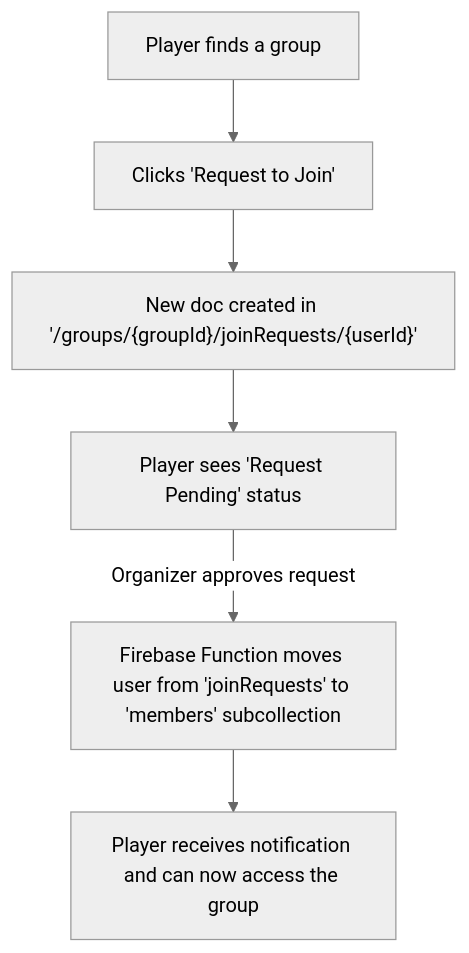
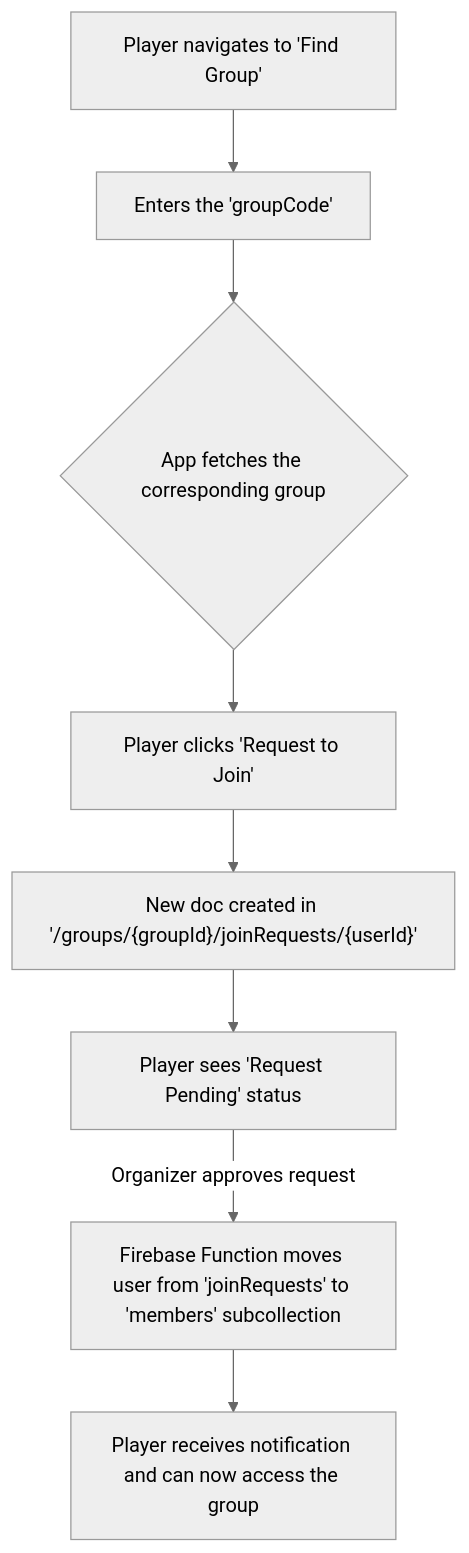
The third of 5 diagrams in docs/USER_JOURNEYS.md (amitrke/getspot), drawn with Mermaid (neutral theme) before and after one commit. The commit also changed other lines of this file and 3 other files, not shown here.

Commit message:
Refactor architecture documentation to clarify patterns and enhance group creation flow; add unique group code to data model and update user journey diagrams.

````diff
--- a/docs/USER_JOURNEYS.md
+++ b/docs/USER_JOURNEYS.md
@@ -54,8 +63,10 @@
 ```mermaid
 graph TD
-    A[Player finds a group] --> B[Clicks 'Request to Join'];
-    B --> C["New doc created in '/groups/{groupId}/joinRequests/{userId}'"];
-    C --> D[Player sees 'Request Pending' status];
-    D -->|Organizer approves request| E[Firebase Function moves user from 'joinRequests' to 'members' subcollection];
-    E --> F[Player receives notification and can now access the group];
+    A[Player navigates to 'Find Group'] --> B[Enters the 'groupCode'];
+    B --> C{App fetches the corresponding group};
+    C --> D[Player clicks 'Request to Join'];
+    D --> E["New doc created in '/groups/{groupId}/joinRequests/{userId}'"];
+    E --> F[Player sees 'Request Pending' status];
+    F -->|Organizer approves request| G[Firebase Function moves user from 'joinRequests' to 'members' subcollection];
+    G --> H[Player receives notification and can now access the group];
 ```
````
